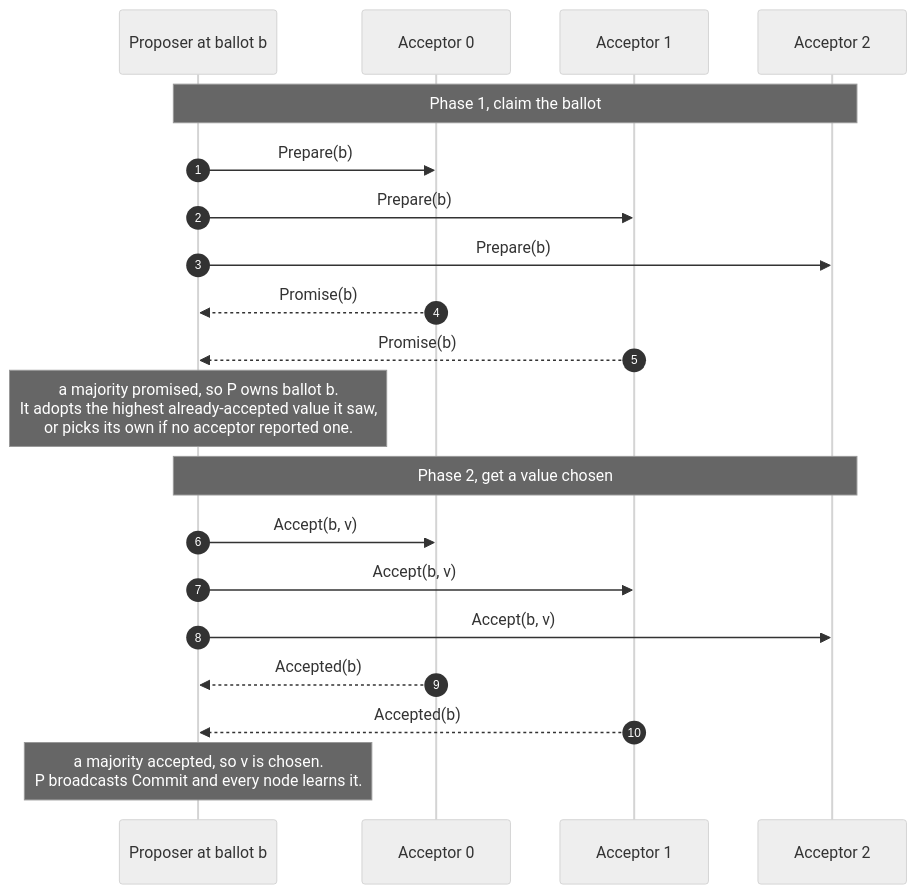
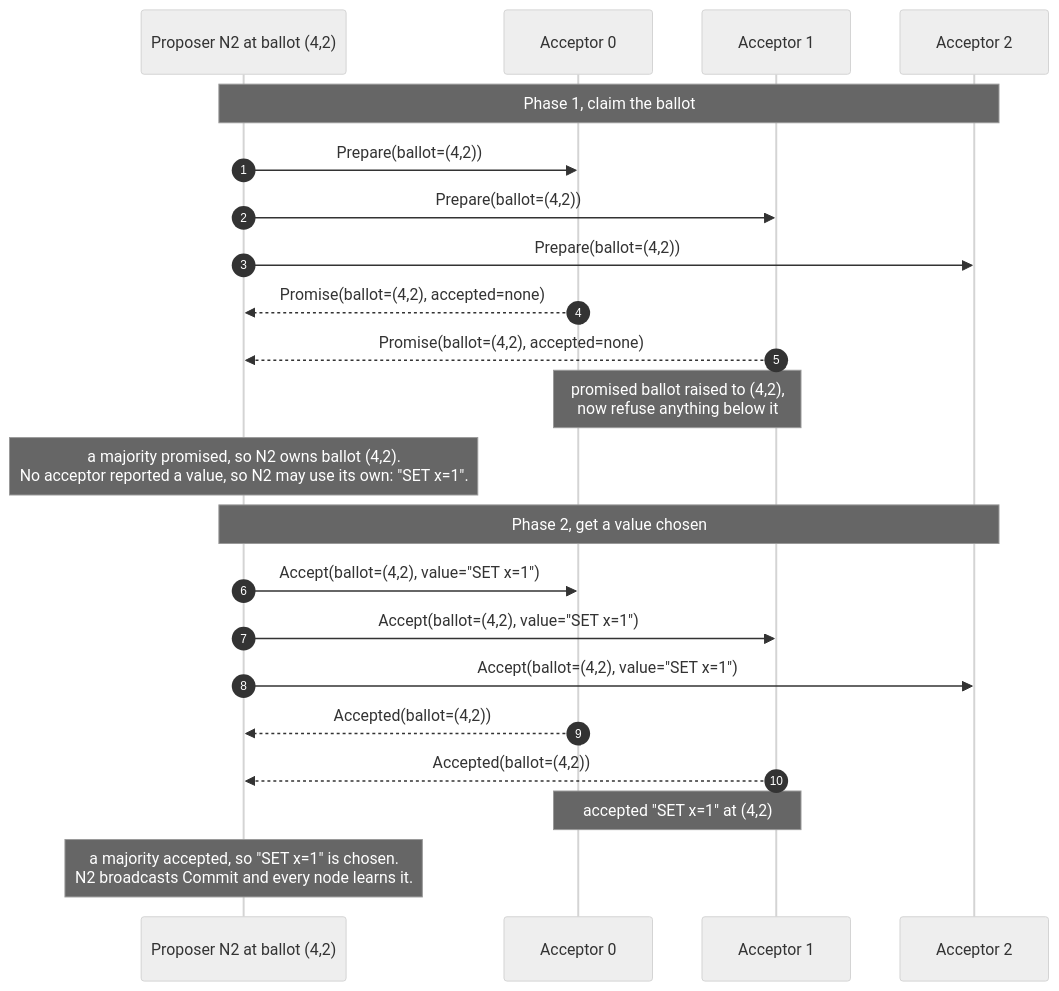
One commit to PierreZ/paros changed the first of 3 diagrams in book/src/choose-one-value.md. Above: the diagram before and after it, drawn with Mermaid (neutral theme). The commit also changed other lines of this file and 5 other files, not shown here.

````diff
--- a/book/src/choose-one-value.md
+++ b/book/src/choose-one-value.md
@@ -32,22 +32,24 @@
 ```mermaid
 sequenceDiagram
     autonumber
-    participant P as Proposer at ballot b
+    participant P as Proposer N2 at ballot (4,2)
     participant A0 as Acceptor 0
     participant A1 as Acceptor 1
     participant A2 as Acceptor 2
     Note over P,A2: Phase 1, claim the ballot
-    P->>A0: Prepare(b)
-    P->>A1: Prepare(b)
-    P->>A2: Prepare(b)
-    A0-->>P: Promise(b)
-    A1-->>P: Promise(b)
-    Note over P: a majority promised, so P owns ballot b.<br/>It adopts the highest already-accepted value it saw,<br/>or picks its own if no acceptor reported one.
+    P->>A0: Prepare(ballot=(4,2))
+    P->>A1: Prepare(ballot=(4,2))
+    P->>A2: Prepare(ballot=(4,2))
+    A0-->>P: Promise(ballot=(4,2), accepted=none)
+    A1-->>P: Promise(ballot=(4,2), accepted=none)
+    Note over A0,A1: promised ballot raised to (4,2),<br/>now refuse anything below it
+    Note over P: a majority promised, so N2 owns ballot (4,2).<br/>No acceptor reported a value, so N2 may use its own: "SET x=1".
     Note over P,A2: Phase 2, get a value chosen
-    P->>A0: Accept(b, v)
-    P->>A1: Accept(b, v)
-    P->>A2: Accept(b, v)
-    A0-->>P: Accepted(b)
-    A1-->>P: Accepted(b)
-    Note over P: a majority accepted, so v is chosen.<br/>P broadcasts Commit and every node learns it.
+    P->>A0: Accept(ballot=(4,2), value="SET x=1")
+    P->>A1: Accept(ballot=(4,2), value="SET x=1")
+    P->>A2: Accept(ballot=(4,2), value="SET x=1")
+    A0-->>P: Accepted(ballot=(4,2))
+    A1-->>P: Accepted(ballot=(4,2))
+    Note over A0,A1: accepted "SET x=1" at (4,2)
+    Note over P: a majority accepted, so "SET x=1" is chosen.<br/>N2 broadcasts Commit and every node learns it.
 ```
````
